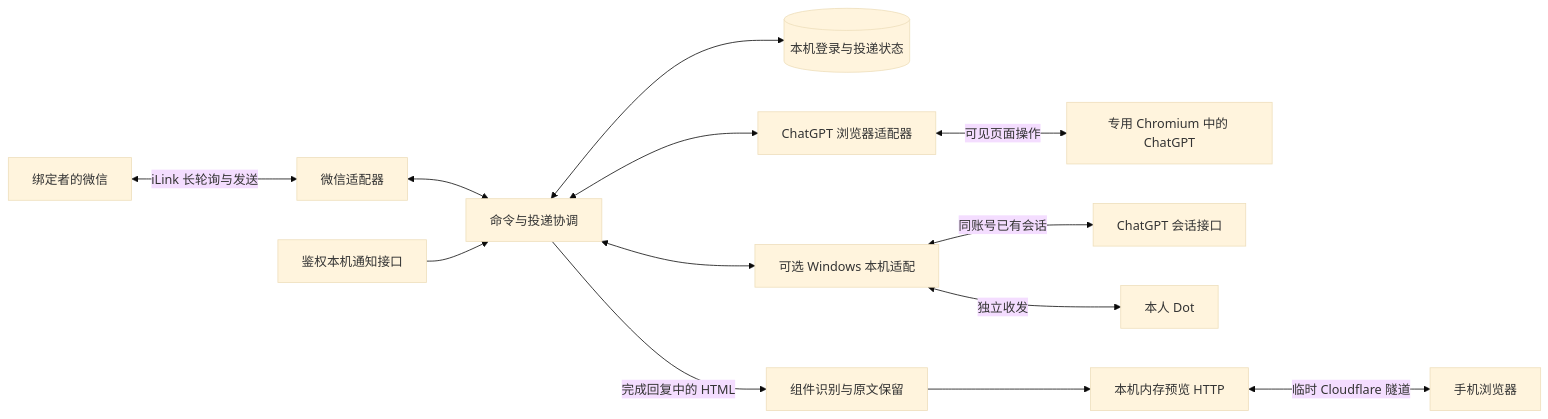
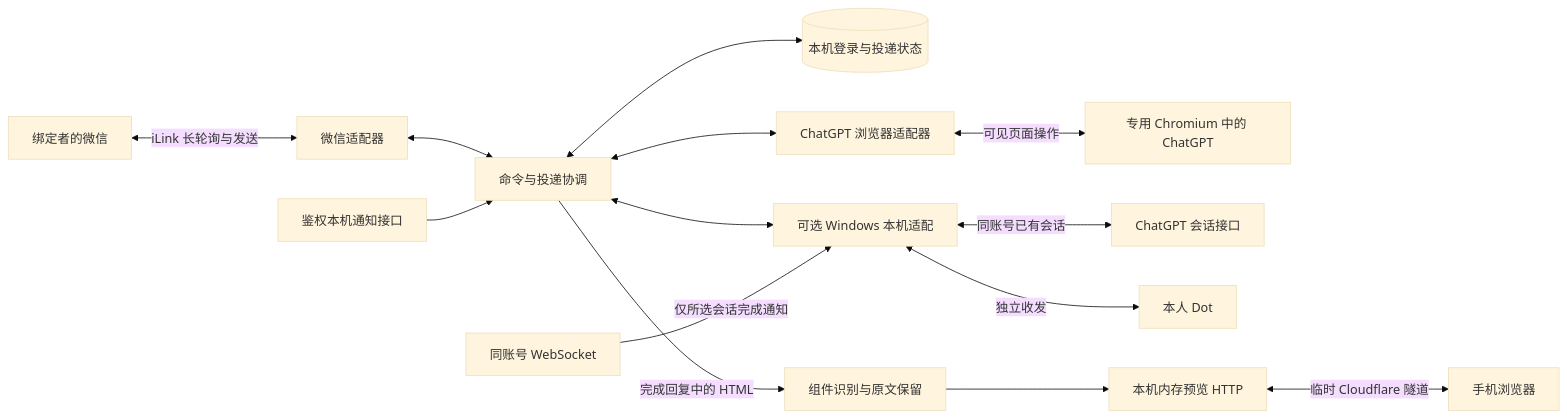
The diagram in docs/architecture.md (TianDongL/wechat-chatgpt-bridge), drawn with Mermaid (base theme) before and after one commit. The commit also changed other lines of this file and 17 other files, not shown here.

Commit message:
Sync native WebSocket routing and reply recovery for alpha.6

````diff
--- a/docs/architecture.md
+++ b/docs/architecture.md
@@ -5,15 +5,16 @@
 ```mermaid
 flowchart LR
     W[绑定者的微信] <-->|iLink 长轮询与发送| A[微信适配器]
     A <--> R[命令与投递协调]
     R <--> S[(本机登录与投递状态)]
     R <--> B[ChatGPT 浏览器适配器]
     B <-->|可见页面操作| C[专用 Chromium 中的 ChatGPT]
     R <--> N[可选 Windows 本机适配]
     N <-->|同账号已有会话| G[ChatGPT 会话接口]
+    Q[同账号 WebSocket] -->|仅所选会话完成通知| N
     N <-->|独立收发| D[本人 Dot]
     L[鉴权本机通知接口] --> R
     R -->|完成回复中的 HTML| H[组件识别与原文保留]
     H --> P[本机内存预览 HTTP]
     P <-->|临时 Cloudflare 隧道| M[手机浏览器]
 ```
````
